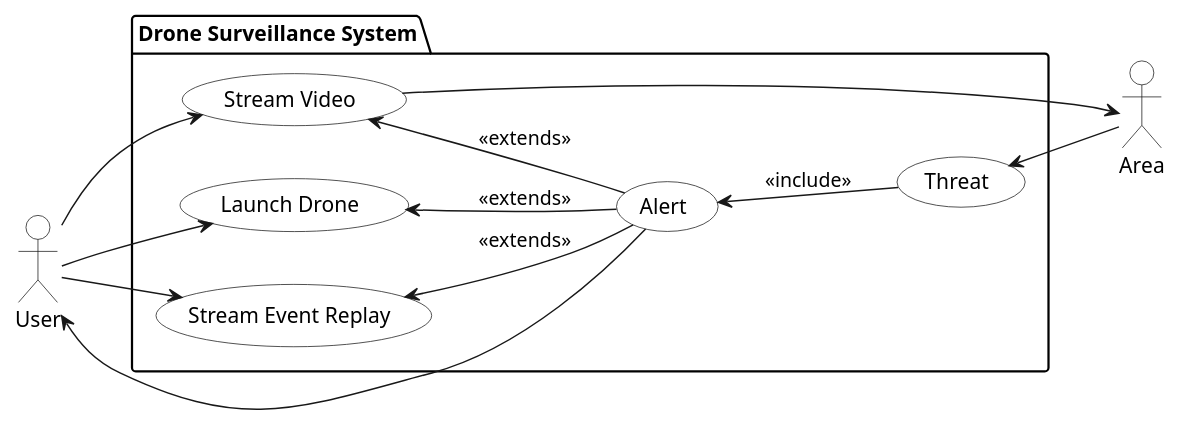
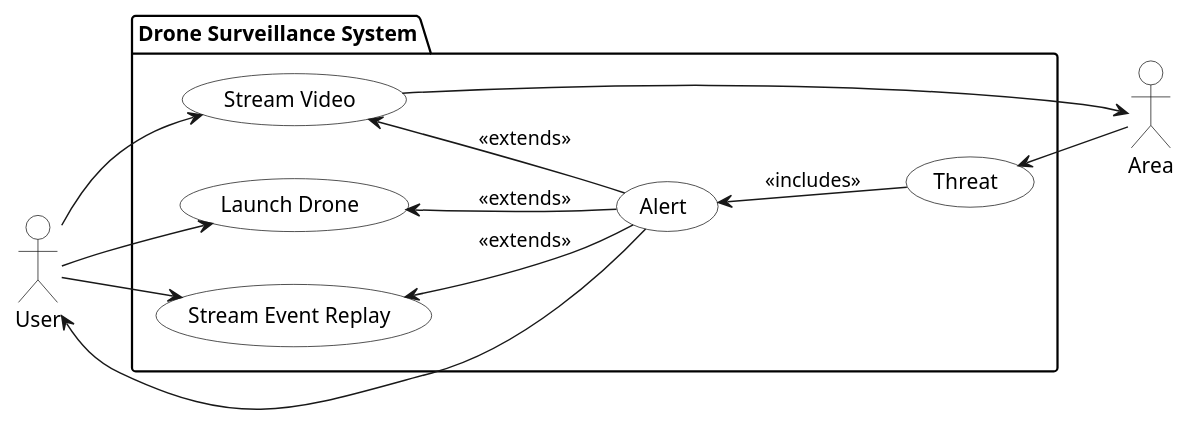
The diagram in diagrams/usecaseuserview.puml (Drone-System/dronesurveillance), drawn with PlantUML before and after one commit. The commit also changed 2 other files, not shown here.

Commit message:
Update diagrams

```diff
--- a/diagrams/usecaseuserview.puml
+++ b/diagrams/usecaseuserview.puml
@@ -1,36 +1,36 @@
 @startuml User View use case diagram
 
 left to right direction
 
 actor User
 
 actor Area
 
 skinparam usecase {
     BackgroundColor #FFFFFFFF
 }
 skinparam actor {
     BackgroundColor #FFFFFFFF
 }
 
 package System  as "Drone Surveillance System"{
     (Stream Video) as Sv
     (Launch Drone) as Ld
     (Alert)
     (Threat)
     (Stream Event Replay) as Ser
-    Alert <-- Threat : "<<include>>"
+    Alert <-- Threat : "<<includes>>"
     Alert -up-> Sv : "<<extends>>"
     Alert -up-> Ser : "<<extends>>"
     Alert -up-> Ld : "<<extends>>"
 }
 
 User --> Sv
 User --> Ld
 User --> Ser
 User <-- Alert
 Threat <-- Area
 Sv --> Area
 
 
 @enduml
```
